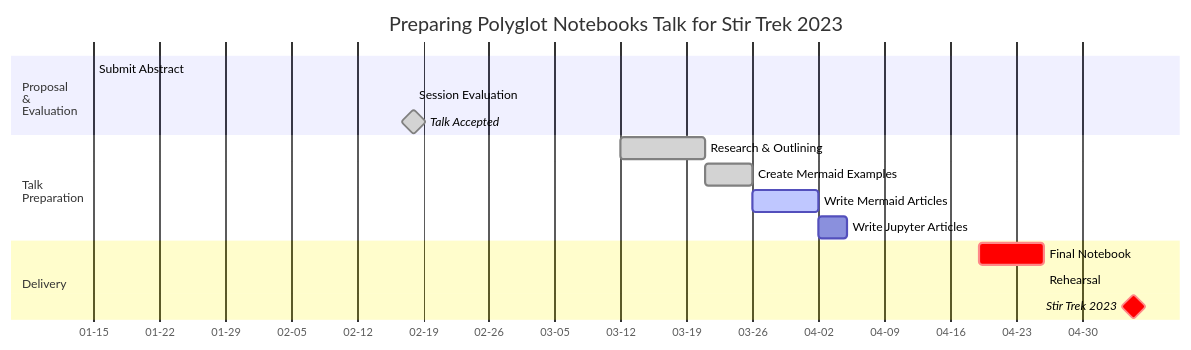
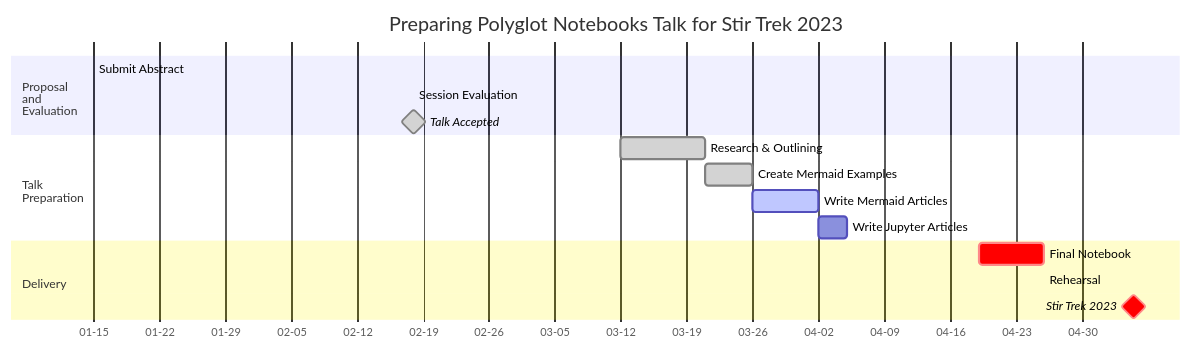
One commit to josephsalmon/HAX712X changed the second of 2 diagrams in Projects/2023-2024/README.qmd. Above: the diagram before and after it, drawn with Mermaid. The commit also changed other lines of this file, not shown here.

Commit message:
fixing gantt

````diff
--- a/Projects/2023-2024/README.qmd
+++ b/Projects/2023-2024/README.qmd
@@ -135,18 +135,18 @@
 ```{mermaid}
     gantt
         title Preparing Polyglot Notebooks Talk for Stir Trek 2023
         axisFormat %m-%d
-        section Proposal <br> & <br> Evaluation
+        section Proposal <br> and <br> Evaluation
             Submit Abstract         :done,                2023-01-15, 2023-02-18
-            Session Evaluation      :done, EVAL           2023-02-18, 2023-03-05
-            Talk Accepted           :milestone, done,     after EVAL
+            Session Evaluation      :done, EVAL,          2023-02-18, 2023-03-05
+            Talk Accepted           :milestone, done,     after EVAL,
         section Talk <br> Preparation
             Research & Outlining    :done, OUTLINE,       2023-03-12, 9d
             Create Mermaid Examples :done, MER_EXAMPLE,   after OUTLINE, 5d
             Write Mermaid Articles  :active, MER_ART,     after MER_EXAMPLE, 7d
             Write Jupyter Articles  :                     after MER_ART, 3d
         section Delivery
             Final Notebook          :crit, NOTEBOOK,      2023-04-19, 7d
             Rehearsal               :crit,                after NOTEBOOK, 2023-05-04
             Stir Trek 2023          :milestone, crit,     2023-05-05, 1d
 ```
````
